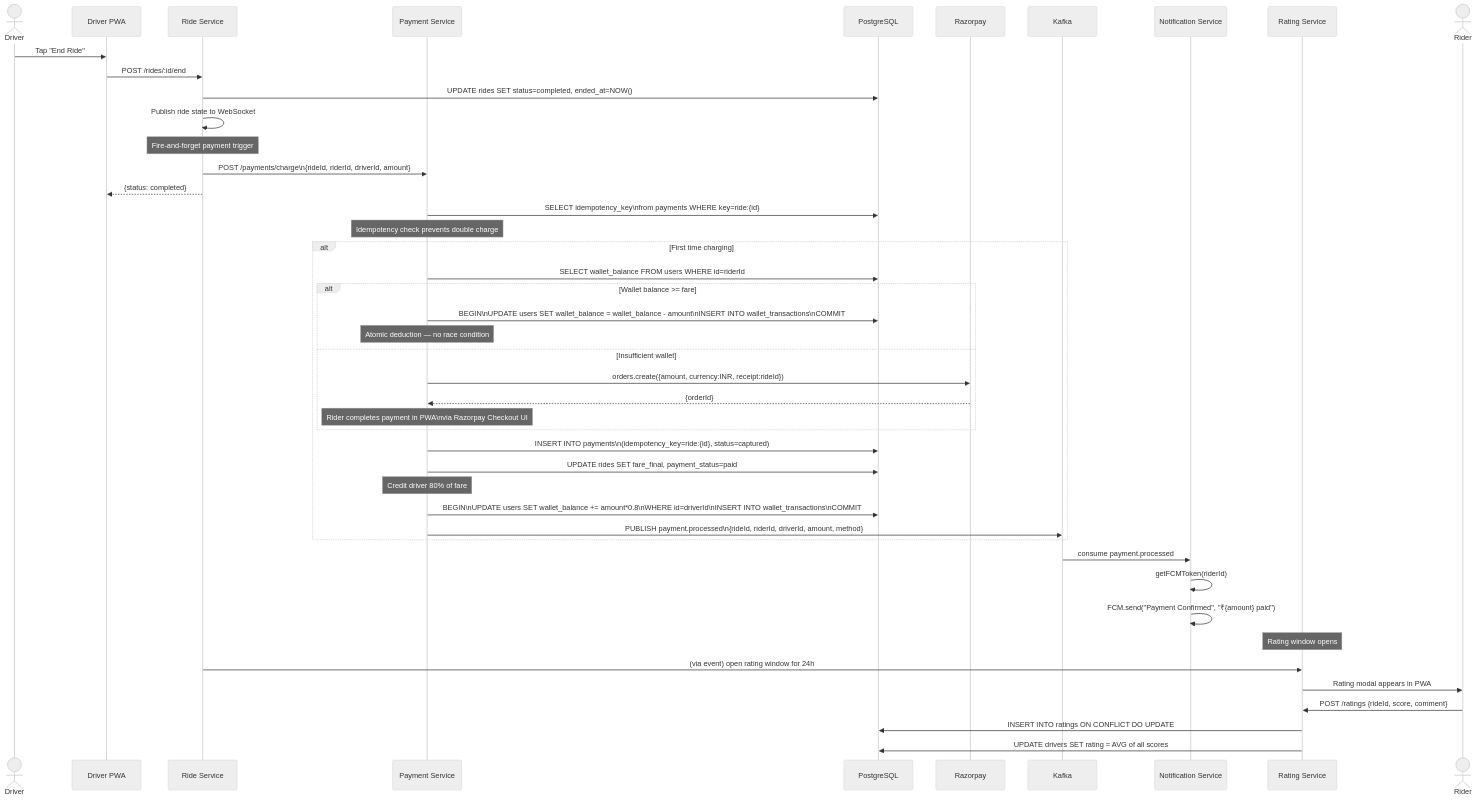
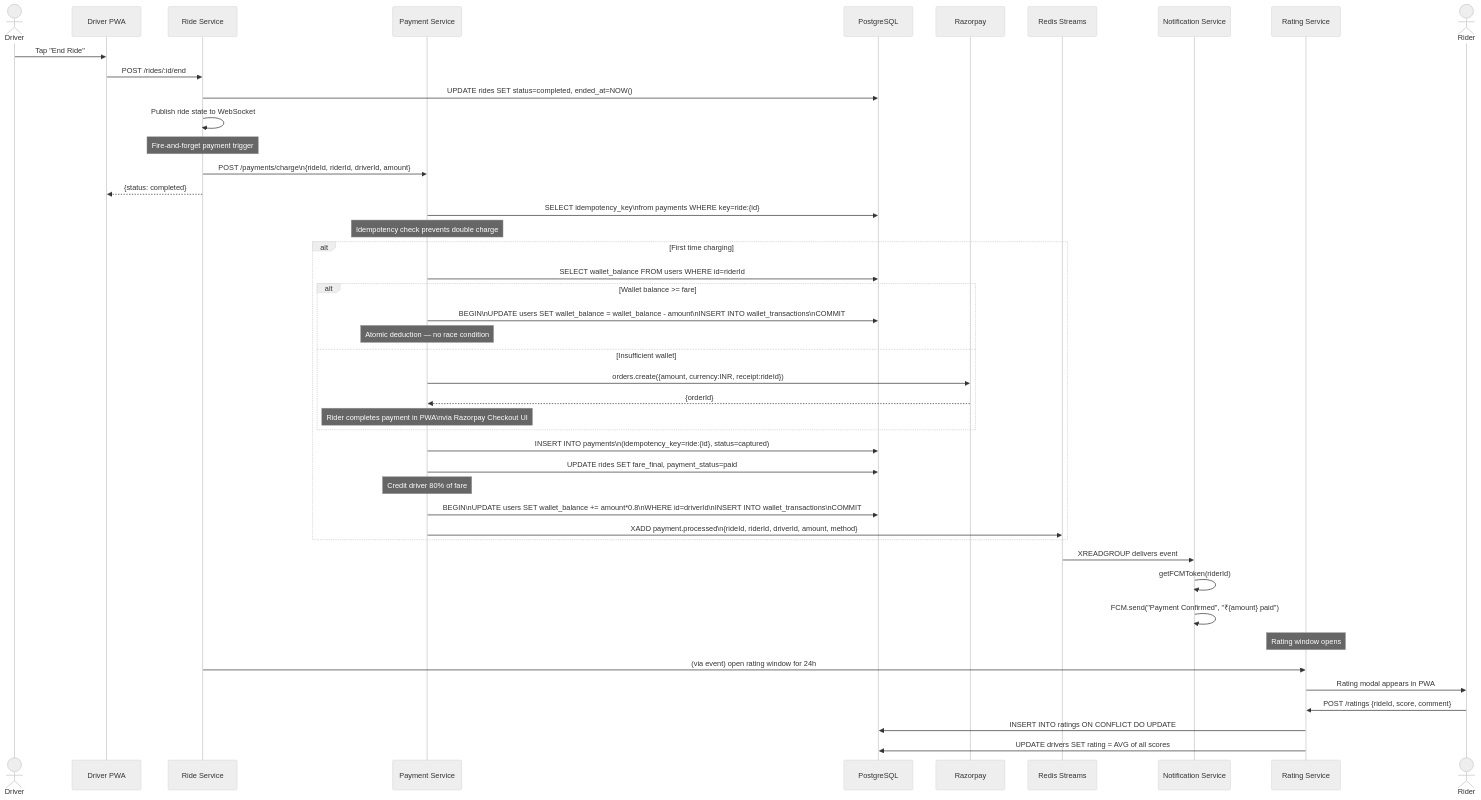
Before and after one commit to abhishekc98/ride-sharing-app: the seventh of 12 diagrams in ARCHITECTURE.md, drawn with Mermaid (neutral theme). The commit also changed other lines of this file and 6 other files, not shown here.

````diff
--- a/ARCHITECTURE.md
+++ b/ARCHITECTURE.md
@@ -405,57 +405,57 @@
 ```mermaid
 sequenceDiagram
     actor Driver
     participant DriverPWA as Driver PWA
     participant RideSvc as Ride Service
     participant PaySvc as Payment Service
     participant DB as PostgreSQL
     participant Razorpay
-    participant Kafka
+    participant Streams as Redis Streams
     participant NotifSvc as Notification Service
     participant RatingSvc as Rating Service
     actor Rider
 
     Driver->>DriverPWA: Tap "End Ride"
     DriverPWA->>RideSvc: POST /rides/:id/end
 
     RideSvc->>DB: UPDATE rides SET status=completed, ended_at=NOW()
     RideSvc->>RideSvc: Publish ride state to WebSocket
     Note over RideSvc: Fire-and-forget payment trigger
     RideSvc->>PaySvc: POST /payments/charge\n{rideId, riderId, driverId, amount}
     RideSvc-->>DriverPWA: {status: completed}
 
     PaySvc->>DB: SELECT idempotency_key\nfrom payments WHERE key=ride:{id}
     Note over PaySvc: Idempotency check prevents double charge
 
     alt First time charging
         PaySvc->>DB: SELECT wallet_balance FROM users WHERE id=riderId
 
         alt Wallet balance >= fare
             PaySvc->>DB: BEGIN\nUPDATE users SET wallet_balance = wallet_balance - amount\nINSERT INTO wallet_transactions\nCOMMIT
             Note over PaySvc: Atomic deduction — no race condition
         else Insufficient wallet
             PaySvc->>Razorpay: orders.create({amount, currency:INR, receipt:rideId})
             Razorpay-->>PaySvc: {orderId}
             Note over PaySvc: Rider completes payment in PWA\nvia Razorpay Checkout UI
         end
 
         PaySvc->>DB: INSERT INTO payments\n(idempotency_key=ride:{id}, status=captured)
         PaySvc->>DB: UPDATE rides SET fare_final, payment_status=paid
 
         Note over PaySvc: Credit driver 80% of fare
         PaySvc->>DB: BEGIN\nUPDATE users SET wallet_balance += amount*0.8\nWHERE id=driverId\nINSERT INTO wallet_transactions\nCOMMIT
 
-        PaySvc->>Kafka: PUBLISH payment.processed\n{rideId, riderId, driverId, amount, method}
+        PaySvc->>Streams: XADD payment.processed\n{rideId, riderId, driverId, amount, method}
     end
 
-    Kafka->>NotifSvc: consume payment.processed
+    Streams->>NotifSvc: XREADGROUP delivers event
     NotifSvc->>NotifSvc: getFCMToken(riderId)
     NotifSvc->>NotifSvc: FCM.send("Payment Confirmed", "₹{amount} paid")
 
     Note over RatingSvc: Rating window opens
     RideSvc->>RatingSvc: (via event) open rating window for 24h
     RatingSvc->>Rider: Rating modal appears in PWA
     Rider->>RatingSvc: POST /ratings {rideId, score, comment}
     RatingSvc->>DB: INSERT INTO ratings ON CONFLICT DO UPDATE
     RatingSvc->>DB: UPDATE drivers SET rating = AVG of all scores
 ```
````
